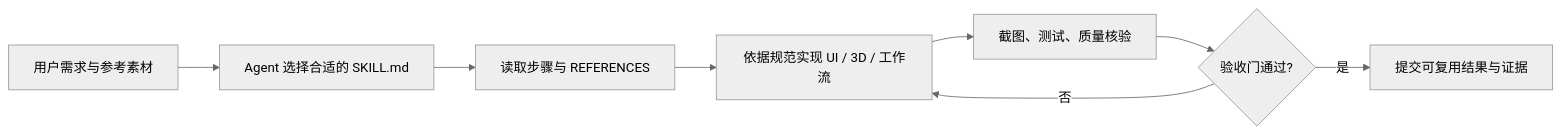
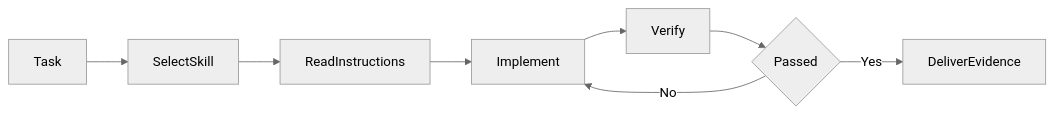
Before and after one commit to ImChong/Robotics_Notebooks: the first of 2 diagrams in wiki/entities/mengto-skills.md, drawn with Mermaid (neutral theme). The commit also changed other lines of this file and 2 other files, not shown here.

Commit message:
fix(wiki): 收敛三项 ingest 的 Mermaid 图为兼容解析器的基础语法

````diff
--- a/wiki/entities/mengto-skills.md
+++ b/wiki/entities/mengto-skills.md
@@ -51,10 +51,10 @@
 ```mermaid
 flowchart LR
-  A["用户需求与参考素材"] --> B["Agent 选择合适的 SKILL.md"]
-  B --> C["读取步骤与 REFERENCES"]
-  C --> D["依据规范实现 UI / 3D / 工作流"]
-  D --> E["截图、测试、质量核验"]
-  E --> F{"验收门通过?"}
-  F -->|否| D
-  F -->|是| G["提交可复用结果与证据"]
+  A[Task] --> B[SelectSkill]
+  B --> C[ReadInstructions]
+  C --> D[Implement]
+  D --> E[Verify]
+  E --> F{Passed}
+  F -->|No| D
+  F -->|Yes| G[DeliverEvidence]
 ```
````
